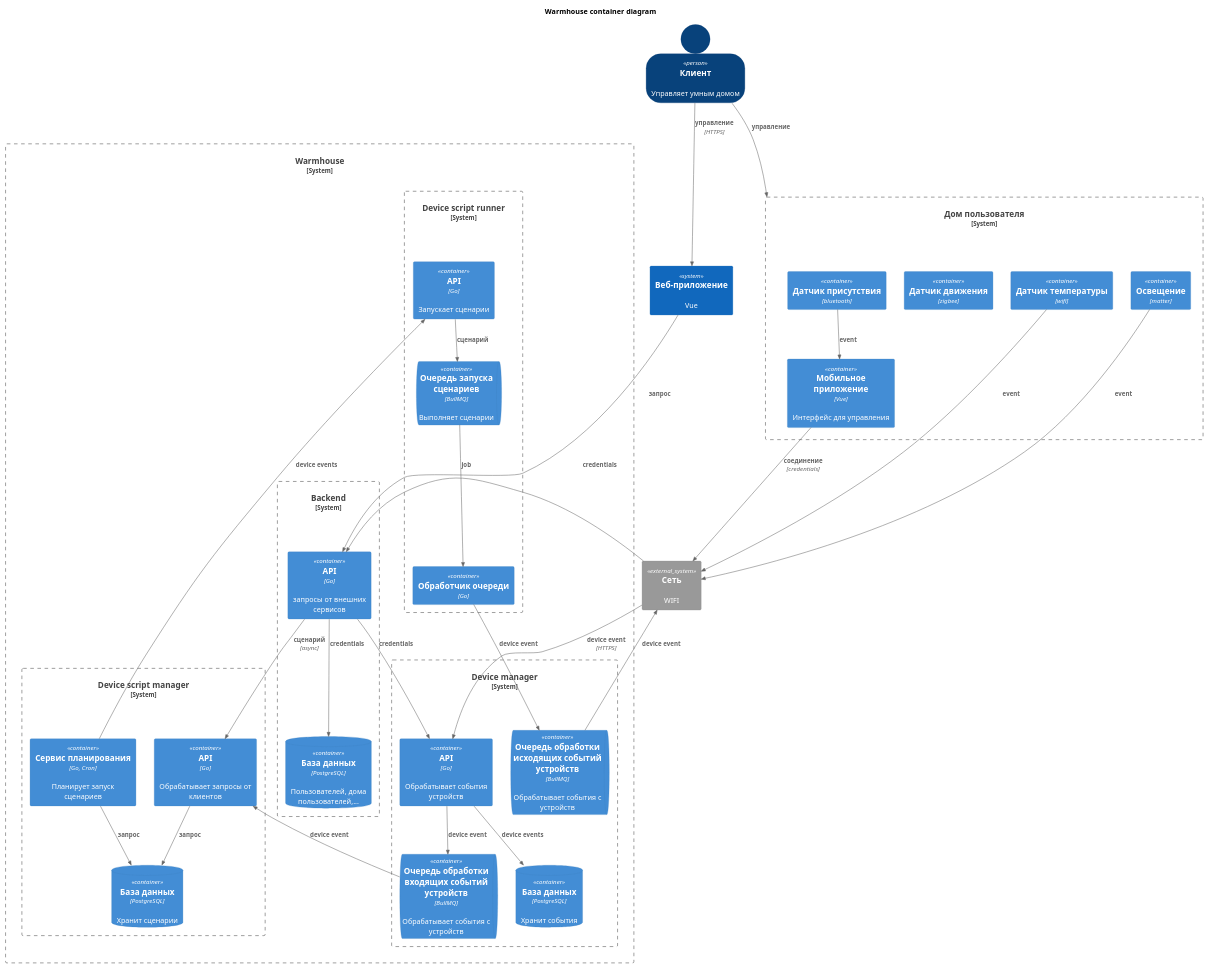
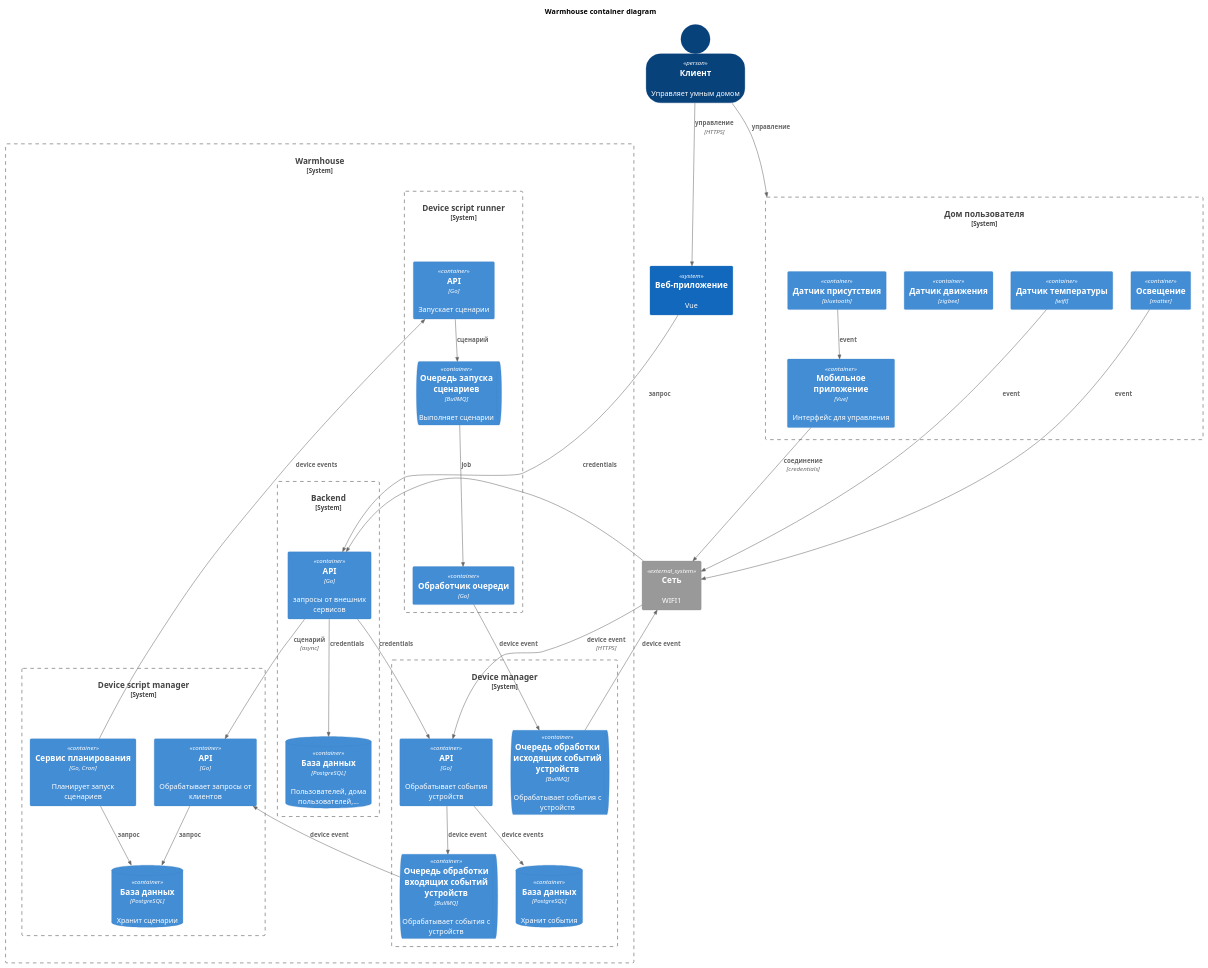
The diagram in apps/smart_home/diagrams/c4_containers.puml (apheleon/warmhouse), drawn with PlantUML before and after one commit. The commit also changed 3 other files, not shown here.

Commit message:
feat: task 2 er, components

```diff
--- a/apps/smart_home/diagrams/c4_containers.puml
+++ b/apps/smart_home/diagrams/c4_containers.puml
@@ -1,95 +1,94 @@
 @startuml sprint1
 !includeurl https://raw.githubusercontent.com/plantuml-stdlib/C4-PlantUML/refs/heads/master/C4_Container.puml
 
 SHOW_PERSON_OUTLINE()
-LAYOUT_LEFT_RIGHT()
 LAYOUT_TOP_DOWN()
 
 title Warmhouse container diagram
 
 ' внешние сущности
 together{
     Person(customer, "Клиент", "Управляет умным домом")
     System(warmHouseWebApp, "Веб-приложение", "Vue")
 }
 
-System_Ext(network, "Сеть", "WIFI")
+System_Ext(network, "Сеть", "WIFI1")
 
 ' контейнеры системы
 
 together{
     System_Boundary(customerHouse1, "Дом пользователя") {
         Container(mobileApp, "Мобильное приложение", "Vue", "Интерфейс для управления")
         Container(device1, "Датчик температуры", "wifi")
         Container(device2, "Датчик присутствия", "bluetooth")
         Container(device3, "Датчик движения", "zigbee")
         Container(deviceN, "Освещение", "matter")
     }
 }
 
 System_Boundary(warmhouse, "Warmhouse") {
-together {
-    System_Boundary(backend, "Backend") {
-        Container(backendApi, "API", "Go", "запросы от внешних сервисов")
-        ContainerDb(backendDb, "База данных", "PostgreSQL", "Пользователей, дома пользователей,...")
+    together {
+        System_Boundary(backend, "Backend") {
+            Container(backendApi, "API", "Go", "запросы от внешних сервисов")
+            ContainerDb(backendDb, "База данных", "PostgreSQL", "Пользователей, дома пользователей,...")
+        }
+    
+        System_Boundary(deviceManager, "Device manager") {
+            Container(deviceManagerApi, "API", "Go", "Обрабатывает события устройств")
+            ContainerQueue(deviceManagerQueue, "Очередь обработки входящих событий устройств", "BullMQ", "Обрабатывает события с устройств")
+            ContainerQueue(deviceManagerOutQueue, "Очередь обработки исходящих событий устройств", "BullMQ", "Обрабатывает события с устройств")
+            ContainerDb(deviceManagerDB, "База данных", "PostgreSQL", "Хранит события")
+        }
+
+        System_Boundary(deviceScript, "Device script manager") {
+            Container(deviceScriptApi, "API", "Go", "Обрабатывает запросы от клиентов")
+            Container(deviceScriptSheduler, "Сервис планирования", "Go, Cron", "Планирует запуск сценариев")
+            ContainerDb(deviceScriptDB, "База данных", "PostgreSQL", "Хранит сценарии")
+        }
+
+        System_Boundary(deviceScriptRunner, "Device script runner") {
+            Container(deviceScriptRunnerApi, "API", "Go", "Запускает сценарии")
+            ContainerQueue(deviceScriptRunnerQueue, "Очередь запуска сценариев", "BullMQ", "Выполняет сценарии")
+            Container(deviceScriptRunnerJob, "Обработчик очереди", "Go")
+        }
     }
-    
-    System_Boundary(deviceManager, "Device manager") {
-        Container(deviceManagerApi, "API", "Go", "Обрабатывает события устройств")
-        ContainerQueue(deviceManagerQueue, "Очередь обработки входящих событий устройств", "BullMQ", "Обрабатывает события с устройств")
-        ContainerQueue(deviceManagerOutQueue, "Очередь обработки исходящих событий устройств", "BullMQ", "Обрабатывает события с устройств")
-        ContainerDb(deviceManagerDB, "База данных", "PostgreSQL", "Хранит события")
-    }
-
-    System_Boundary(deviceScript, "Device script manager") {
-        Container(deviceScriptApi, "API", "Go", "Обрабатывает запросы от клиентов")
-        Container(deviceScriptSheduler, "Сервис планирования", "Go, Cron", "Планирует запуск сценариев")
-        ContainerDb(deviceScriptDB, "База данных", "PostgreSQL", "Хранит сценарии")
-    }
-
-    System_Boundary(deviceScriptRunner, "Device script runner") {
-        Container(deviceScriptRunnerApi, "API", "Go", "Запускает сценарии")
-        ContainerQueue(deviceScriptRunnerQueue, "Очередь запуска сценариев", "BullMQ", "Выполняет сценарии")
-        Container(deviceScriptRunnerJob, "Обработчик очереди", "Go")
-    }
-}
 }
 
 ' потоки данных
 ' дом
 Rel(mobileApp, network, "соединение", "credentials")
 Rel(network, backendApi, "credentials")
 Rel(device1, network, "event")
 Rel(deviceN, network, "event")
 Rel(device2, mobileApp, "event")
 Rel(network, deviceManagerApi, "device event", "HTTPS")
 
 ' клиент
 Rel(customer, customerHouse1, "управление")
 Rel(customer, warmHouseWebApp, "управление", "HTTPS")
 
 ' backend
 Rel(warmHouseWebApp, backendApi, "запрос")
 Rel(backendApi, backendDb, "credentials")
 Rel(backendApi, deviceManagerApi, "credentials")
 Rel(backendApi, deviceScriptApi, "сценарий", "async")
 
 ' script
 Rel(deviceScriptApi, deviceScriptDB, "запрос")
 Rel(deviceScriptSheduler, deviceScriptDB, "запрос")
 Rel(deviceScriptSheduler, deviceScriptRunnerApi, "device events")
 
 ' runner
 Rel(deviceScriptRunnerApi, deviceScriptRunnerQueue, "сценарий")
 Rel(deviceScriptRunnerJob, deviceManagerOutQueue, "device event")
 
 
 ' device manager
 Rel(deviceManagerApi, deviceManagerQueue, "device event")
 Rel(deviceManagerApi, deviceManagerDB, "device events")
 Rel(deviceScriptRunnerQueue, deviceScriptRunnerJob, "job")
 Rel(deviceManagerQueue, deviceScriptApi, "device event")
 Rel(deviceManagerOutQueue, network, "device event")
 
 
 @enduml
```
